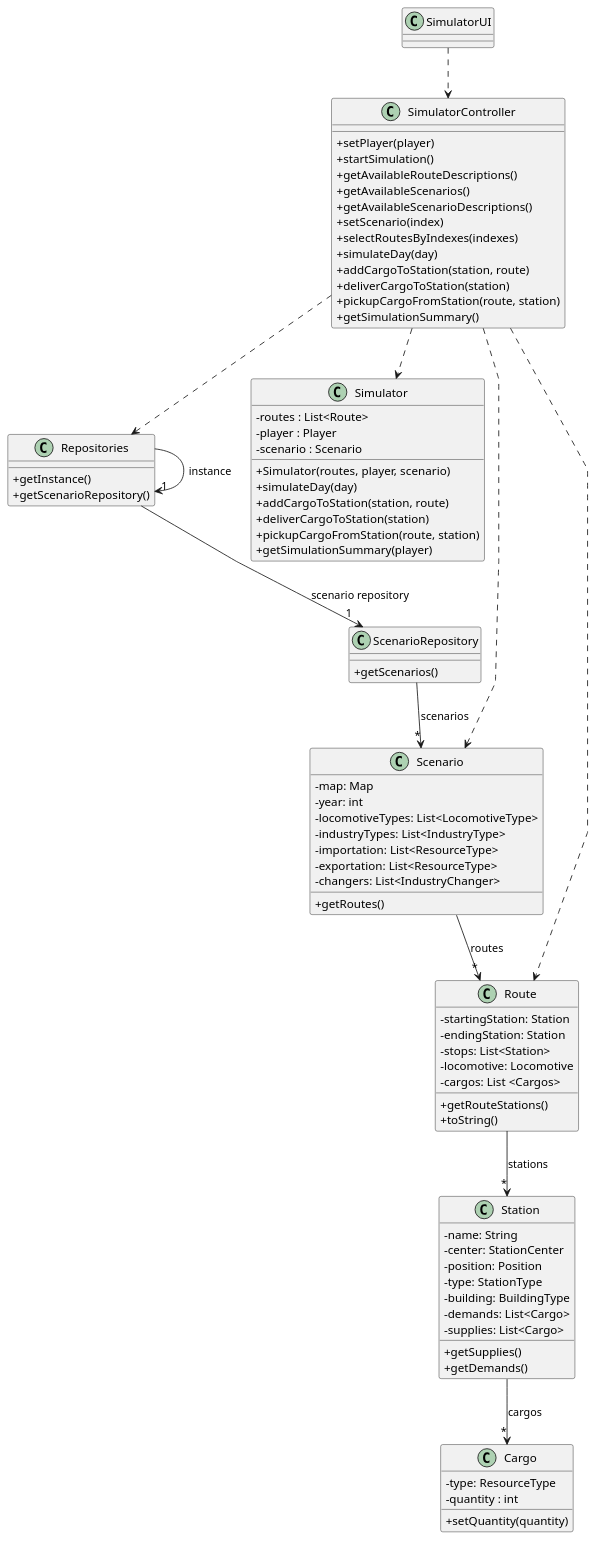
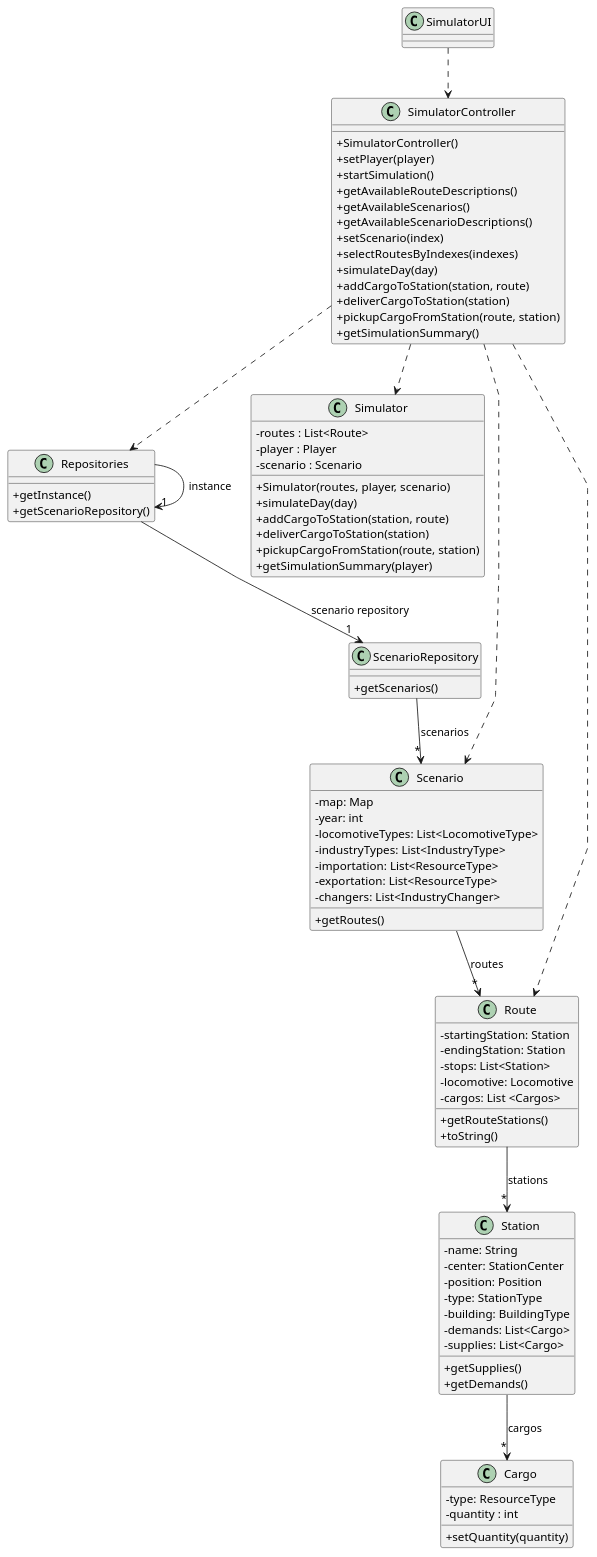
The diagram in Sprint2/US012/03.design/puml/US012-CD.puml (1240935/pi2-railway-simulator), drawn with PlantUML before and after one commit. The commit also changed 7 other files, not shown here.

```diff
--- a/Sprint2/US012/03.design/puml/US012-CD.puml
+++ b/Sprint2/US012/03.design/puml/US012-CD.puml
@@ -1,100 +1,101 @@
 @startuml
 skinparam packageStyle rectangle
 skinparam shadowing false
 skinparam linetype polyline
 skinparam classAttributeIconSize 0
 
 
 class SimulatorUI{
 }
 
 class SimulatorController {
+  + SimulatorController()
   + setPlayer(player)
   + startSimulation()
   + getAvailableRouteDescriptions()
   + getAvailableScenarios()
   + getAvailableScenarioDescriptions()
   + setScenario(index)
   + selectRoutesByIndexes(indexes)
   + simulateDay(day)
   + addCargoToStation(station, route)
     + deliverCargoToStation(station)
     + pickupCargoFromStation(route, station)
   + getSimulationSummary()
 }
 
 class Simulator {
   - routes : List<Route>
   - player : Player
   - scenario : Scenario
   + Simulator(routes, player, scenario)
   + simulateDay(day)
   + addCargoToStation(station, route)
   + deliverCargoToStation(station)
   + pickupCargoFromStation(route, station)
   + getSimulationSummary(player)
 }
 
 class Scenario {
   -map: Map
          -year: int
          -locomotiveTypes: List<LocomotiveType>
          -industryTypes: List<IndustryType>
          -importation: List<ResourceType>
          -exportation: List<ResourceType>
          -changers: List<IndustryChanger>
   + getRoutes()
 }
 
 class Route {
   - startingStation: Station
   - endingStation: Station
   - stops: List<Station>
   - locomotive: Locomotive
   - cargos: List <Cargos>
   + getRouteStations()
   + toString()
 }
 
 class Station {
   - name: String
   - center: StationCenter
   - position: Position
   - type: StationType
   - building: BuildingType
   - demands: List<Cargo>
   - supplies: List<Cargo>
   + getSupplies()
   + getDemands()
 }
 
 class Cargo {
   - type: ResourceType
   - quantity : int
   + setQuantity(quantity)
 }
 
 class Repositories {
   + getInstance()
   + getScenarioRepository()
 }
 
 class ScenarioRepository {
   + getScenarios()
 }
 
 SimulatorUI ..> SimulatorController
 
 SimulatorController ..> Simulator
 SimulatorController ..> Scenario
 SimulatorController ..> Route
 SimulatorController ..> Repositories
 
 Repositories -> "1" Repositories : instance
 Repositories --> "1" ScenarioRepository : scenario repository
 ScenarioRepository --> "*" Scenario : scenarios
 Scenario --> "*" Route : routes
 Route --> "*" Station : stations
 Station --> "*" Cargo : cargos
 
 @enduml
```
